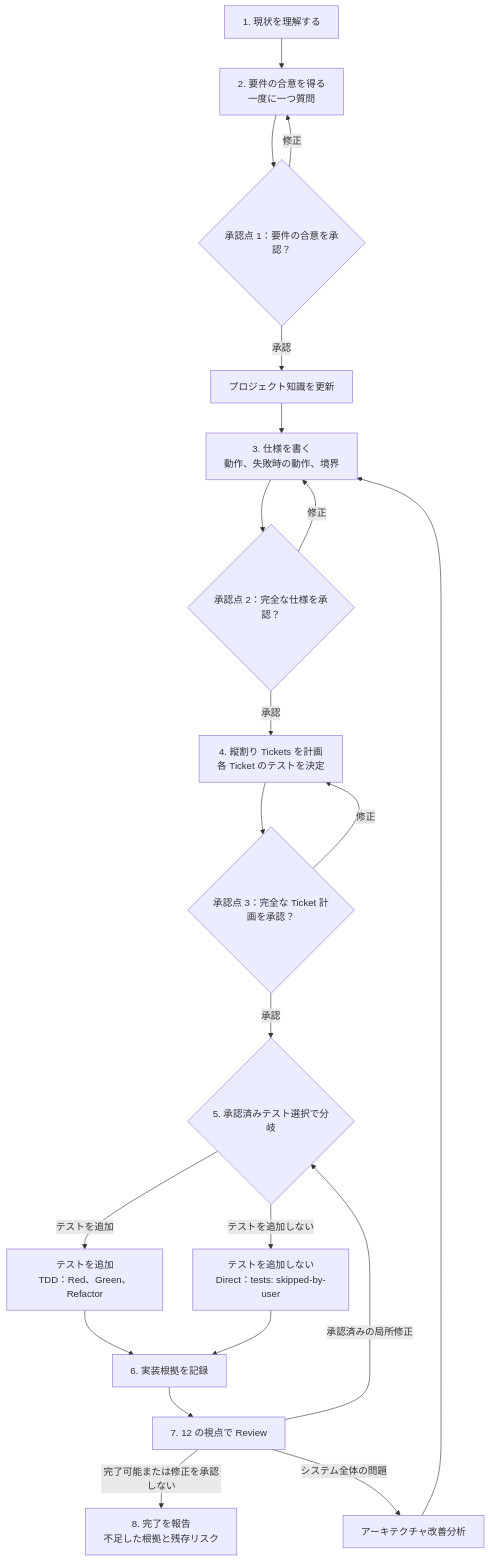
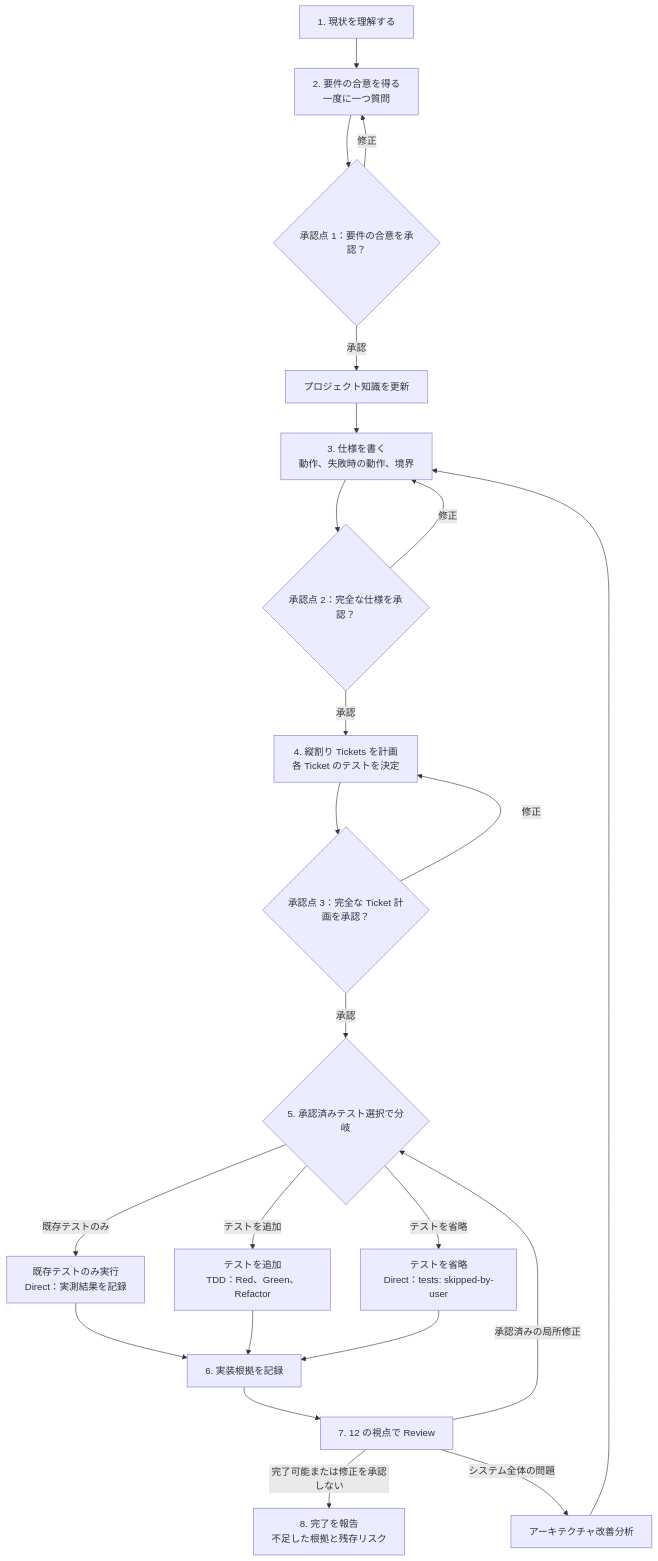
One commit to Mysterio1001/Ask-Then-Do-It changed the first of 2 diagrams in docs/guides/getting-started-simple.ja.md. Above: the diagram before and after it, drawn with Mermaid. The commit also changed other lines of this file and 138 other files, not shown here.

````diff
--- a/docs/guides/getting-started-simple.ja.md
+++ b/docs/guides/getting-started-simple.ja.md
@@ -38,39 +38,42 @@
 ```mermaid
 flowchart TD
     F_STATE["1. 現状を理解する"]
     F_REQUIREMENTS["2. 要件の合意を得る<br/>一度に一つ質問"]
     F_REQUIREMENTS_GATE{"承認点 1：要件の合意を承認？"}
     F_KNOWLEDGE["プロジェクト知識を更新"]
     F_SPECIFICATION["3. 仕様を書く<br/>動作、失敗時の動作、境界"]
     F_SPECIFICATION_GATE{"承認点 2：完全な仕様を承認？"}
     F_TICKETS["4. 縦割り Tickets を計画<br/>各 Ticket のテストを決定"]
     F_TICKET_PLAN_GATE{"承認点 3：完全な Ticket 計画を承認？"}
     F_TEST_CHOICE{"5. 承認済みテスト選択で分岐"}
     F_TDD["テストを追加<br/>TDD：Red、Green、Refactor"]
-    F_DIRECT["テストを追加しない<br/>Direct：tests: skipped-by-user"]
+    F_DIRECT["テストを省略<br/>Direct：tests: skipped-by-user"]
+    F_EXISTING["既存テストのみ実行<br/>Direct：実測結果を記録"]
     F_EVIDENCE["6. 実装根拠を記録"]
     F_REVIEW["7. 12 の視点で Review"]
     F_COMPLETE["8. 完了を報告<br/>不足した根拠と残存リスク"]
     F_ARCHITECTURE["アーキテクチャ改善分析"]
 
     F_STATE --> F_REQUIREMENTS
     F_REQUIREMENTS --> F_REQUIREMENTS_GATE
     F_REQUIREMENTS_GATE -->|修正| F_REQUIREMENTS
     F_REQUIREMENTS_GATE -->|承認| F_KNOWLEDGE
     F_KNOWLEDGE --> F_SPECIFICATION
     F_SPECIFICATION --> F_SPECIFICATION_GATE
     F_SPECIFICATION_GATE -->|修正| F_SPECIFICATION
     F_SPECIFICATION_GATE -->|承認| F_TICKETS
     F_TICKETS --> F_TICKET_PLAN_GATE
     F_TICKET_PLAN_GATE -->|修正| F_TICKETS
     F_TICKET_PLAN_GATE -->|承認| F_TEST_CHOICE
     F_TEST_CHOICE -->|テストを追加| F_TDD
-    F_TEST_CHOICE -->|テストを追加しない| F_DIRECT
+    F_TEST_CHOICE -->|テストを省略| F_DIRECT
+    F_TEST_CHOICE -->|既存テストのみ| F_EXISTING
+    F_EXISTING --> F_EVIDENCE
     F_TDD --> F_EVIDENCE
     F_DIRECT --> F_EVIDENCE
     F_EVIDENCE --> F_REVIEW
     F_REVIEW -->|完了可能または修正を承認しない| F_COMPLETE
     F_REVIEW -->|承認済みの局所修正| F_TEST_CHOICE
     F_REVIEW -->|システム全体の問題| F_ARCHITECTURE
     F_ARCHITECTURE --> F_SPECIFICATION
 ```
````
